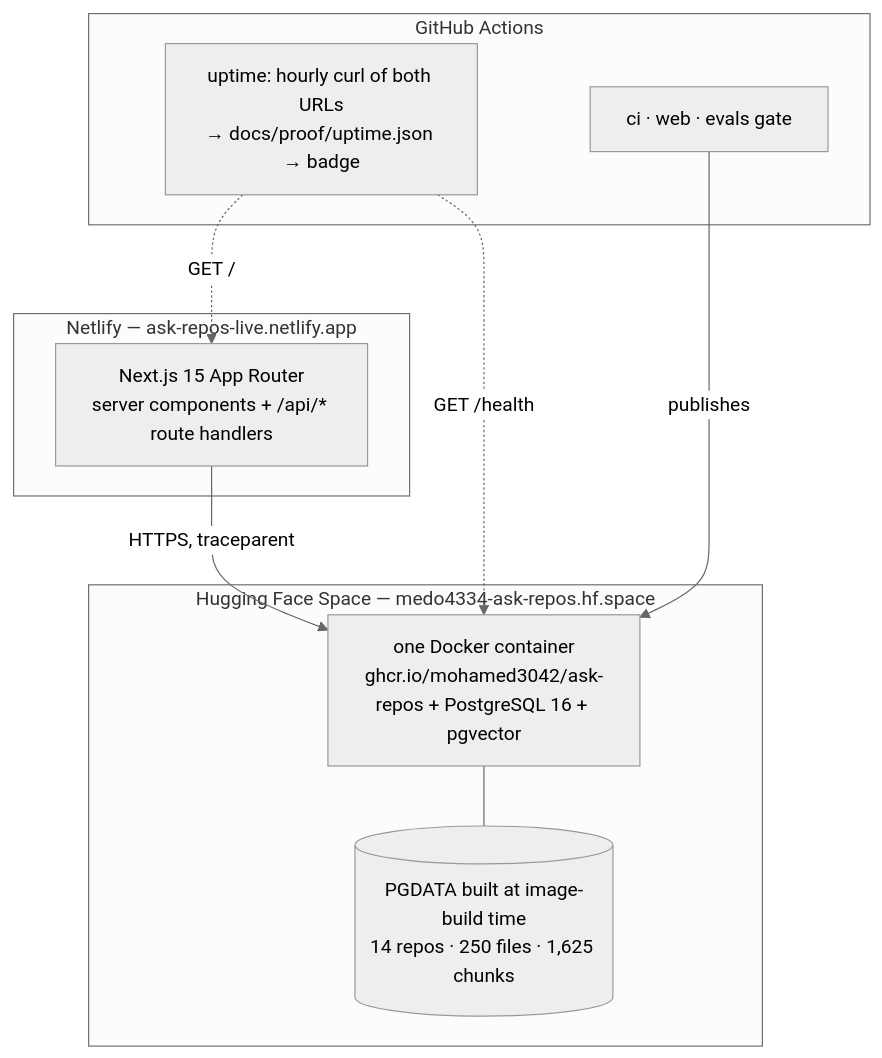
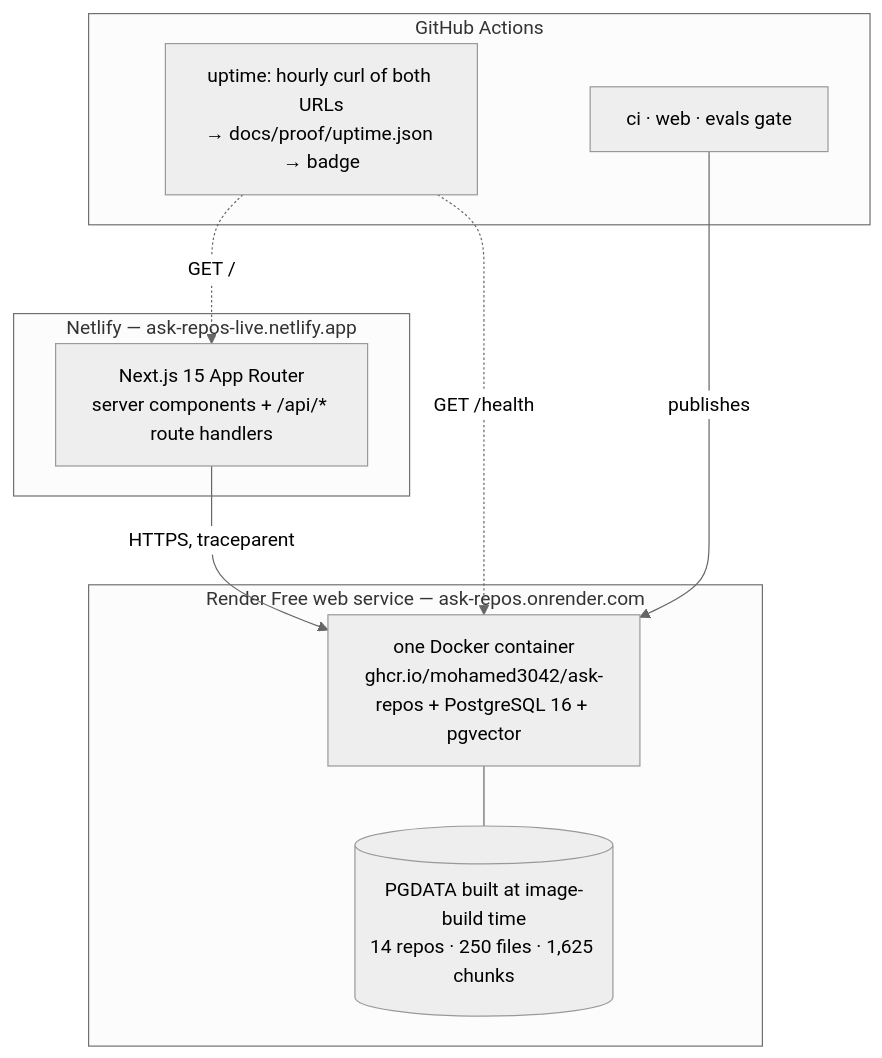
The second of 6 diagrams in docs/architecture.md (Mohamed3042/ask-repos), drawn with Mermaid (neutral theme) before and after one commit. The commit also changed 11 other files, not shown here.

````diff
--- a/docs/architecture.md
+++ b/docs/architecture.md
@@ -36,22 +36,22 @@
 ```mermaid
 flowchart TB
     subgraph netlify["Netlify — ask-repos-live.netlify.app"]
         NX["Next.js 15 App Router<br/>server components + /api/* route handlers"]
     end
-    subgraph hf["Hugging Face Space — medo4334-ask-repos.hf.space"]
+    subgraph hf["Render Free web service — ask-repos.onrender.com"]
         DOCK["one Docker container<br/>ghcr.io/mohamed3042/ask-repos + PostgreSQL 16 + pgvector"]
         PGD[("PGDATA built at image-build time<br/>14 repos · 250 files · 1,625 chunks")]
         DOCK --- PGD
     end
     subgraph gha["GitHub Actions"]
         CI["ci · web · evals gate"]
         UP["uptime: hourly curl of both URLs<br/>→ docs/proof/uptime.json → badge"]
     end
 
     NX -->|"HTTPS, traceparent"| DOCK
     UP -.->|"GET /"| NX
     UP -.->|"GET /health"| DOCK
     CI -->|"publishes"| DOCK
 
     classDef x fill:#14425c,stroke:#08222f,color:#fff
 ```
````
